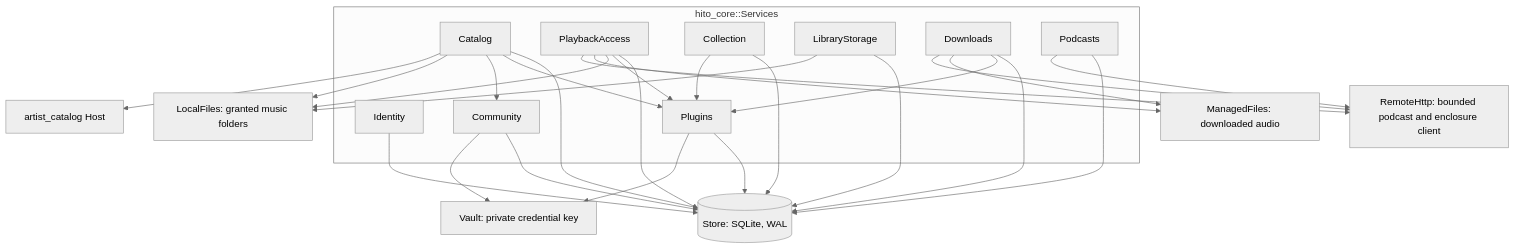
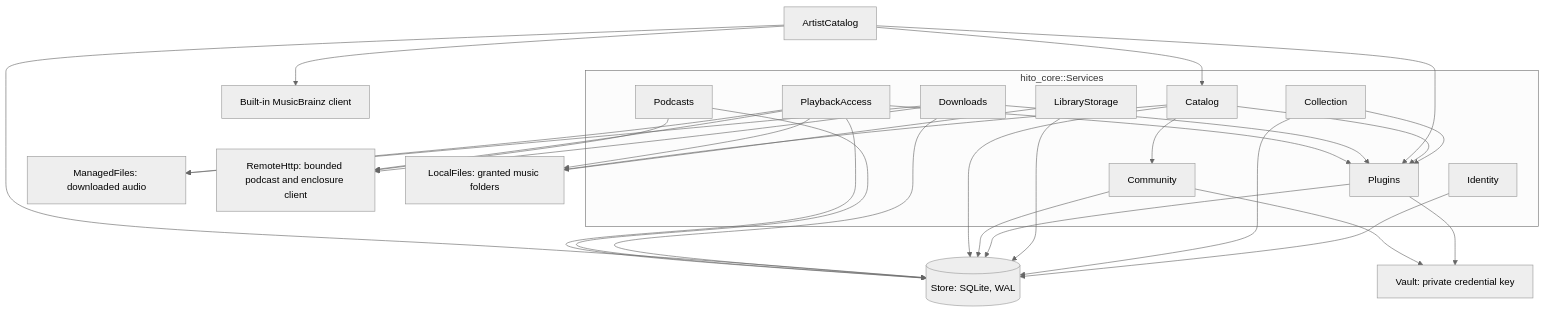
The fifth of 9 diagrams in docs/architecture.md (acidiney/hitoapp), drawn with Mermaid (neutral theme) before and after one commit. The commit also changed other lines of this file and 3 other files, not shown here.

Commit message:
Document ArtistCatalog as a separate core capability

````diff
--- a/docs/architecture.md
+++ b/docs/architecture.md
@@ -208,45 +209,48 @@
 ```mermaid
 flowchart TB
   subgraph Services[hito_core::Services]
     Identity
     Catalog
     PlaybackAccess
     Collection
     Community
     LibraryStorage
     Plugins
     Downloads
     Podcasts
   end
   Store[(Store: SQLite, WAL)]
   Vault[Vault: private credential key]
   Managed[ManagedFiles: downloaded audio]
   Remote[RemoteHttp: bounded podcast and enclosure client]
   Local[LocalFiles: granted music folders]
-  Artist[artist_catalog Host]
+  Builtin[Built-in MusicBrainz client]
   Identity --> Store
   Collection --> Store
   Collection --> Plugins
   LibraryStorage --> Store
   LibraryStorage --> Local
   Plugins --> Store
   Plugins --> Vault
   Community --> Store
   Community --> Vault
   Catalog --> Store
   Catalog --> Plugins
   Catalog --> Community
   Catalog --> Local
-  Catalog --> Artist
+  ArtistCatalog --> Store
+  ArtistCatalog --> Plugins
+  ArtistCatalog --> Catalog
+  ArtistCatalog --> Builtin
   Downloads --> Store
   Downloads --> Plugins
   Downloads --> Managed
   Downloads --> Remote
   Podcasts --> Store
   Podcasts --> Remote
   PlaybackAccess --> Store
   PlaybackAccess --> Plugins
   PlaybackAccess --> Local
   PlaybackAccess --> Managed
   PlaybackAccess --> Remote
 ```
````
